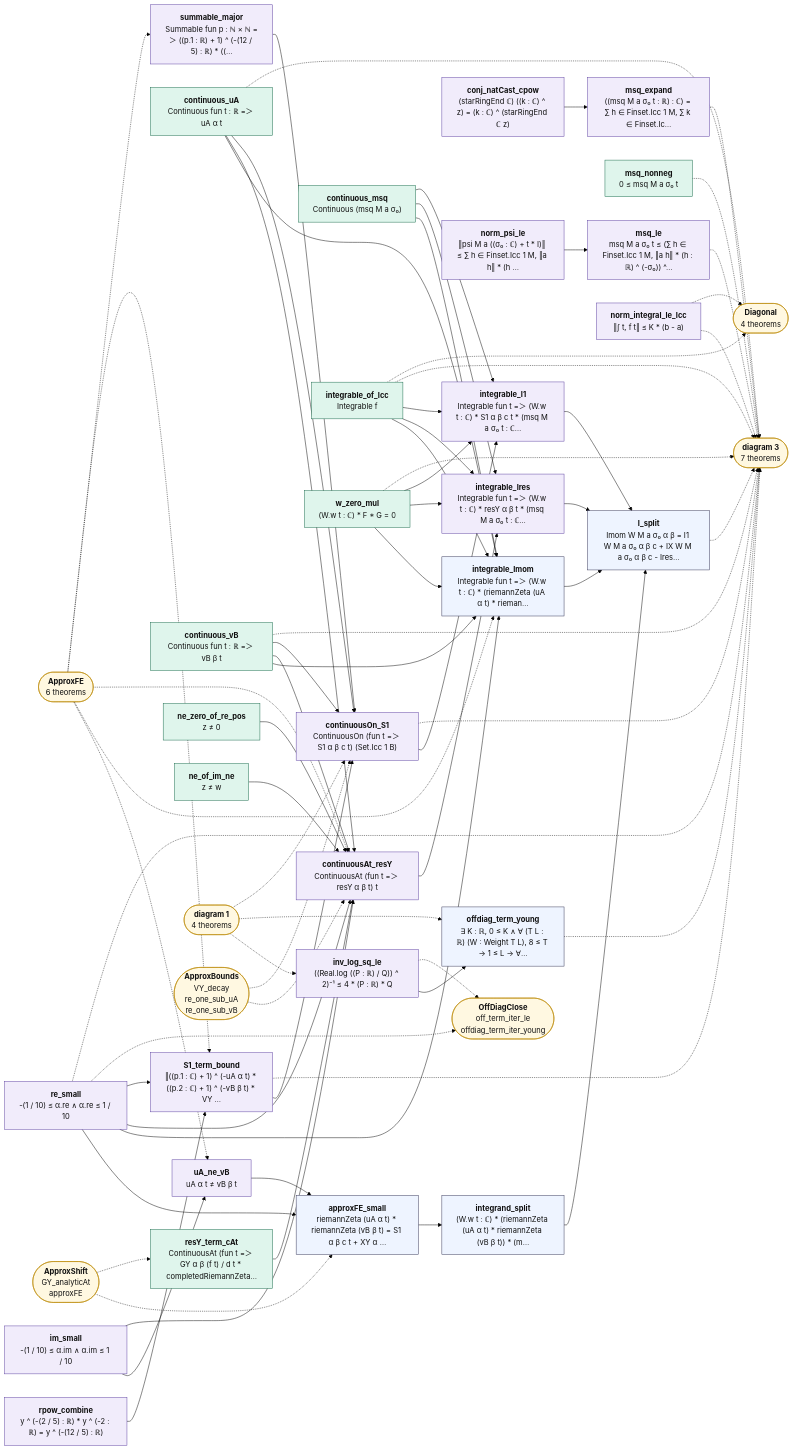
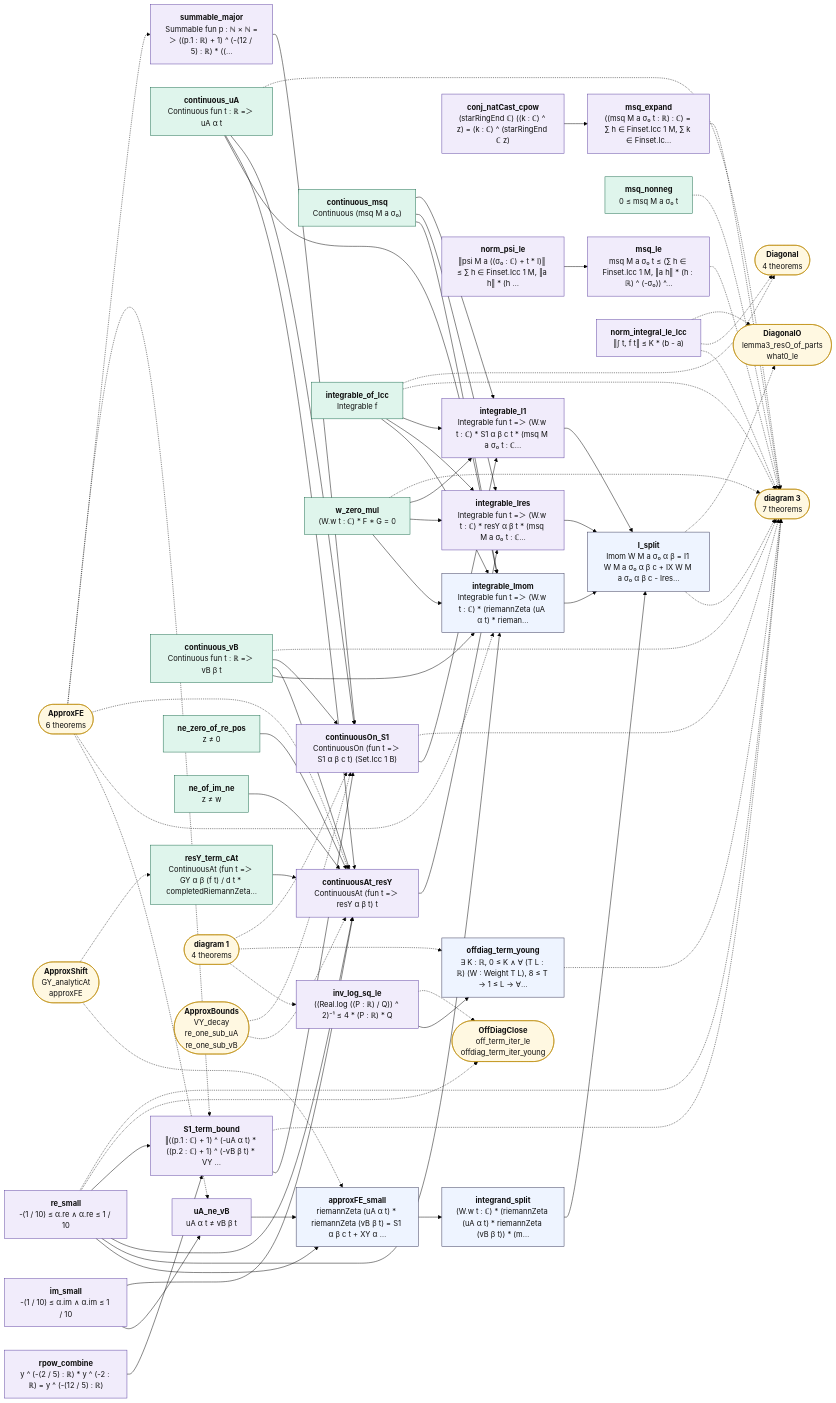
Before and after one commit to juliansambranojr/Primebeat_081426: the diagram in map/lean_stage3/TwistedMoment.2.mmd, drawn with Mermaid (forest theme). The commit also changed 21 other files, not shown here.

```diff
--- a/map/lean_stage3/TwistedMoment.2.mmd
+++ b/map/lean_stage3/TwistedMoment.2.mmd
@@ -1,113 +1,116 @@
 flowchart LR
   n0["<b>inv_log_sq_le</b><br/>((Real.log ((P : ℝ) / Q)) ^ 2)⁻¹ ≤ 4 * (P : ℝ) * Q"]:::shp
   n1["<b>offdiag_term_young</b><br/>∃ K : ℝ, 0 ≤ K ∧ ∀ (T L : ℝ) (W : Weight T L), 8 ≤ T → 1 ≤ L → ∀…"]:::thm
   n2["<b>conj_natCast_cpow</b><br/>(starRingEnd ℂ) ((k : ℂ) ^ z) = (k : ℂ) ^ (starRingEnd ℂ z)"]:::shp
   n3["<b>msq_expand</b><br/>((msq M a σ₀ t : ℝ) : ℂ) = ∑ h ∈ Finset.Icc 1 M, ∑ k ∈ Finset.Ic…"]:::shp
   n4["<b>norm_psi_le</b><br/>‖psi M a ((σ₀ : ℂ) + t * I)‖ ≤ ∑ h ∈ Finset.Icc 1 M, ‖a h‖ * (h …"]:::shp
   n5["<b>msq_le</b><br/>msq M a σ₀ t ≤ (∑ h ∈ Finset.Icc 1 M, ‖a h‖ * (h : ℝ) ^ (-σ₀)) ^…"]:::shp
   n6["<b>msq_nonneg</b><br/>0 ≤ msq M a σ₀ t"]:::cnt
   n7["<b>continuous_msq</b><br/>Continuous (msq M a σ₀)"]:::cnt
   n8["<b>re_small</b><br/>-(1 / 10) ≤ α.re ∧ α.re ≤ 1 / 10"]:::shp
   n9["<b>im_small</b><br/>-(1 / 10) ≤ α.im ∧ α.im ≤ 1 / 10"]:::shp
   n10["<b>uA_ne_vB</b><br/>uA α t ≠ vB β t"]:::shp
   n11["<b>approxFE_small</b><br/>riemannZeta (uA α t) * riemannZeta (vB β t) = S1 α β c t + XY α …"]:::thm
   n12["<b>integrand_split</b><br/>(W.w t : ℂ) * (riemannZeta (uA α t) * riemannZeta (vB β t)) * (m…"]:::thm
   n13["<b>continuous_uA</b><br/>Continuous fun t : ℝ =＞ uA α t"]:::cnt
   n14["<b>continuous_vB</b><br/>Continuous fun t : ℝ =＞ vB β t"]:::cnt
   n15["<b>integrable_of_Icc</b><br/>Integrable f"]:::cnt
   n16["<b>w_zero_mul</b><br/>(W.w t : ℂ) * F * G = 0"]:::cnt
   n17["<b>integrable_Imom</b><br/>Integrable fun t =＞ (W.w t : ℂ) * (riemannZeta (uA α t) * rieman…"]:::thm
   n18["<b>resY_term_cAt</b><br/>ContinuousAt (fun t =＞ GY α β (f t) / d t * completedRiemannZeta…"]:::cnt
   n19["<b>ne_zero_of_re_pos</b><br/>z ≠ 0"]:::cnt
   n20["<b>ne_of_im_ne</b><br/>z ≠ w"]:::cnt
   n21["<b>continuousAt_resY</b><br/>ContinuousAt (fun t =＞ resY α β t) t"]:::shp
   n22["<b>integrable_Ires</b><br/>Integrable fun t =＞ (W.w t : ℂ) * resY α β t * (msq M a σ₀ t : ℂ…"]:::shp
   n23["<b>summable_major</b><br/>Summable fun p : ℕ × ℕ =＞ ((p.1 : ℝ) + 1) ^ (-(12 / 5) : ℝ) * ((…"]:::shp
   n24["<b>rpow_combine</b><br/>y ^ (-(2 / 5) : ℝ) * y ^ (-2 : ℝ) = y ^ (-(12 / 5) : ℝ)"]:::shp
   n25["<b>S1_term_bound</b><br/>‖((p.1 : ℂ) + 1) ^ (-uA α t) * ((p.2 : ℂ) + 1) ^ (-vB β t) * VY …"]:::shp
   n26["<b>continuousOn_S1</b><br/>ContinuousOn (fun t =＞ S1 α β c t) (Set.Icc 1 B)"]:::shp
   n27["<b>integrable_I1</b><br/>Integrable fun t =＞ (W.w t : ℂ) * S1 α β c t * (msq M a σ₀ t : ℂ…"]:::shp
   n28["<b>I_split</b><br/>Imom W M a σ₀ α β = I1 W M a σ₀ α β c + IX W M a σ₀ α β c - Ires…"]:::thm
   n29["<b>norm_integral_le_Icc</b><br/>‖∫ t, f t‖ ≤ K * (b - a)"]:::shp
   x0(["<b>diagram 1</b><br/>4 theorems"]):::ext
   x1(["<b>OffDiagClose</b><br/>off_term_iter_le<br/>offdiag_term_iter_young"]):::ext
   x2(["<b>diagram 3</b><br/>7 theorems"]):::ext
   x3(["<b>ApproxFE</b><br/>6 theorems"]):::ext
   x4(["<b>ApproxShift</b><br/>GY_analyticAt<br/>approxFE"]):::ext
   x5(["<b>Diagonal</b><br/>4 theorems"]):::ext
   x6(["<b>ApproxBounds</b><br/>VY_decay<br/>re_one_sub_uA<br/>re_one_sub_vB"]):::ext
+  x7(["<b>DiagonalO</b><br/>lemma3_resO_of_parts<br/>what0_le"]):::ext
   n0 --> n1
   n10 --> n11
   n11 --> n12
   n12 --> n28
   n13 --> n17
   n13 --> n21
   n13 --> n26
   n14 --> n17
   n14 --> n21
   n14 --> n26
   n15 --> n17
   n15 --> n22
   n15 --> n27
   n16 --> n17
   n16 --> n22
   n16 --> n27
   n17 --> n28
   n18 --> n21
   n19 --> n21
   n2 --> n3
   n20 --> n21
   n21 --> n22
   n22 --> n28
   n23 --> n26
   n24 --> n25
   n25 --> n26
   n26 --> n27
   n27 --> n28
   n4 --> n5
   n7 --> n17
   n7 --> n22
   n7 --> n27
   n8 --> n11
   n8 --> n17
   n8 --> n21
   n8 --> n25
   n9 --> n10
   n9 --> n21
   n0 -.-> x1
   n1 -.-> x2
   n13 -.-> x2
   n14 -.-> x2
   n15 -.-> x2
   n15 -.-> x5
   n16 -.-> x2
   n25 -.-> x2
   n26 -.-> x2
   n28 -.-> x2
+  n28 -.-> x7
   n29 -.-> x2
   n29 -.-> x5
+  n29 -.-> x7
   n3 -.-> x2
   n5 -.-> x2
   n6 -.-> x2
   n8 -.-> x1
   n8 -.-> x2
   x0 -.-> n0
   x0 -.-> n1
   x0 -.-> n26
   x3 -.-> n10
   x3 -.-> n17
   x3 -.-> n21
   x3 -.-> n23
   x3 -.-> n25
   x4 -.-> n11
   x4 -.-> n18
   x6 -.-> n21
   x6 -.-> n26
   classDef cnt fill:#dff5ec,stroke:#17694a,color:#111
   classDef shp fill:#f1ecfb,stroke:#5b3fa0,color:#111
   classDef rh fill:#ffe5e5,stroke:#c22,color:#111,stroke-width:2px
   classDef thm fill:#eef4ff,stroke:#335,color:#111
   classDef end_ fill:#e7f7e7,stroke:#2a7,color:#111,stroke-width:2px
   classDef lone fill:#fff,stroke:#999,color:#111,stroke-dasharray:4 3
   classDef bad fill:#ffe5e5,stroke:#c22,color:#111,stroke-width:2px
   classDef ext fill:#fff8e1,stroke:#b80,color:#111
```
